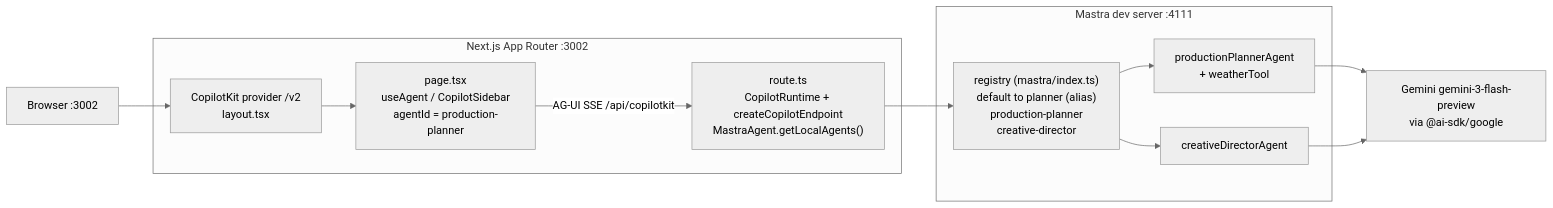
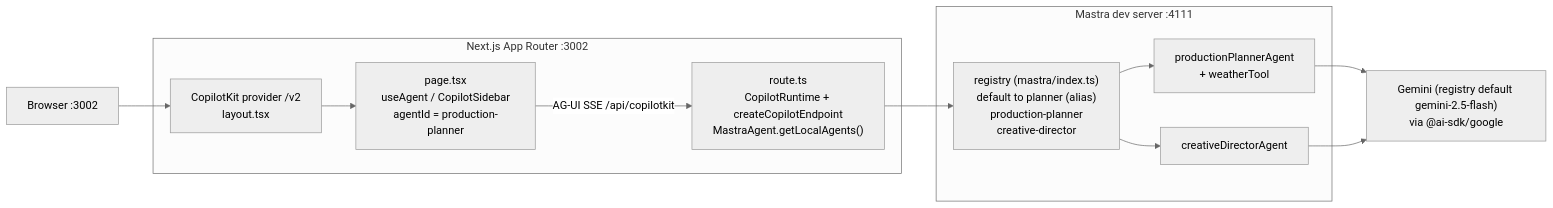
The first of 2 diagrams in app/AGENTS.md (amo-tech-ai/lumina-studio), drawn with Mermaid (neutral theme) before and after one commit. The commit also changed other lines of this file and 3 other files, not shown here.

First line of the commit message:
feat(app): Gemini model registry — IPI2-80 (app slice)

````diff
--- a/app/AGENTS.md
+++ b/app/AGENTS.md
@@ -15,23 +15,23 @@
 ```mermaid
 flowchart LR
   Browser["Browser :3002"]
   subgraph Next["Next.js App Router :3002"]
     Provider["CopilotKit provider /v2<br/>layout.tsx"]
     Page["page.tsx<br/>useAgent / CopilotSidebar<br/>agentId = production-planner"]
     Route["route.ts<br/>CopilotRuntime + createCopilotEndpoint<br/>MastraAgent.getLocalAgents()"]
   end
   subgraph Mastra["Mastra dev server :4111"]
     Registry["registry (mastra/index.ts)<br/>default to planner (alias)<br/>production-planner<br/>creative-director"]
     PP["productionPlannerAgent<br/>+ weatherTool"]
     CD["creativeDirectorAgent"]
   end
-  Gemini["Gemini gemini-3-flash-preview<br/>via @ai-sdk/google"]
+  Gemini["Gemini (registry default gemini-2.5-flash)<br/>via @ai-sdk/google"]
 
   Browser --> Provider --> Page
   Page -->|"AG-UI SSE /api/copilotkit"| Route
   Route --> Registry
   Registry --> PP
   Registry --> CD
   PP --> Gemini
   CD --> Gemini
 ```
````
